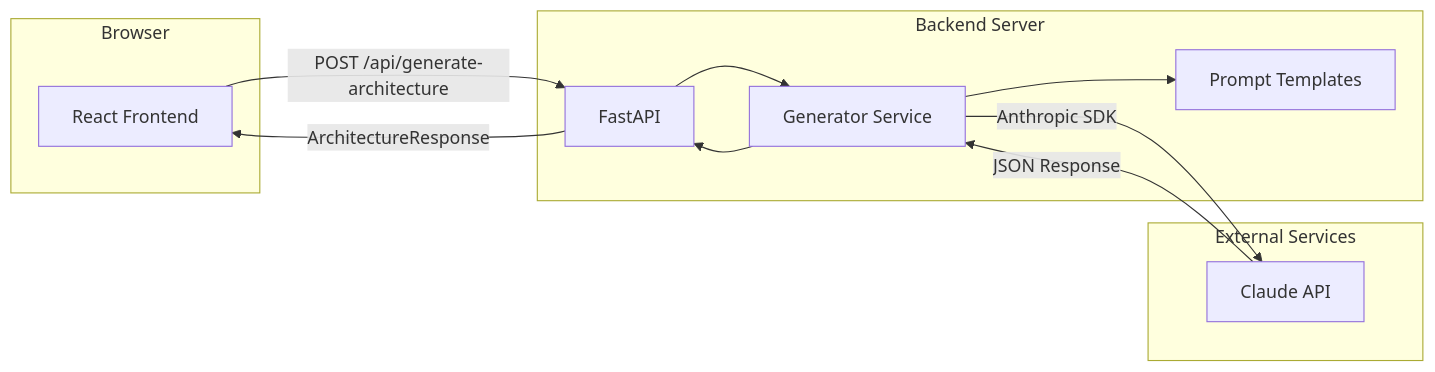
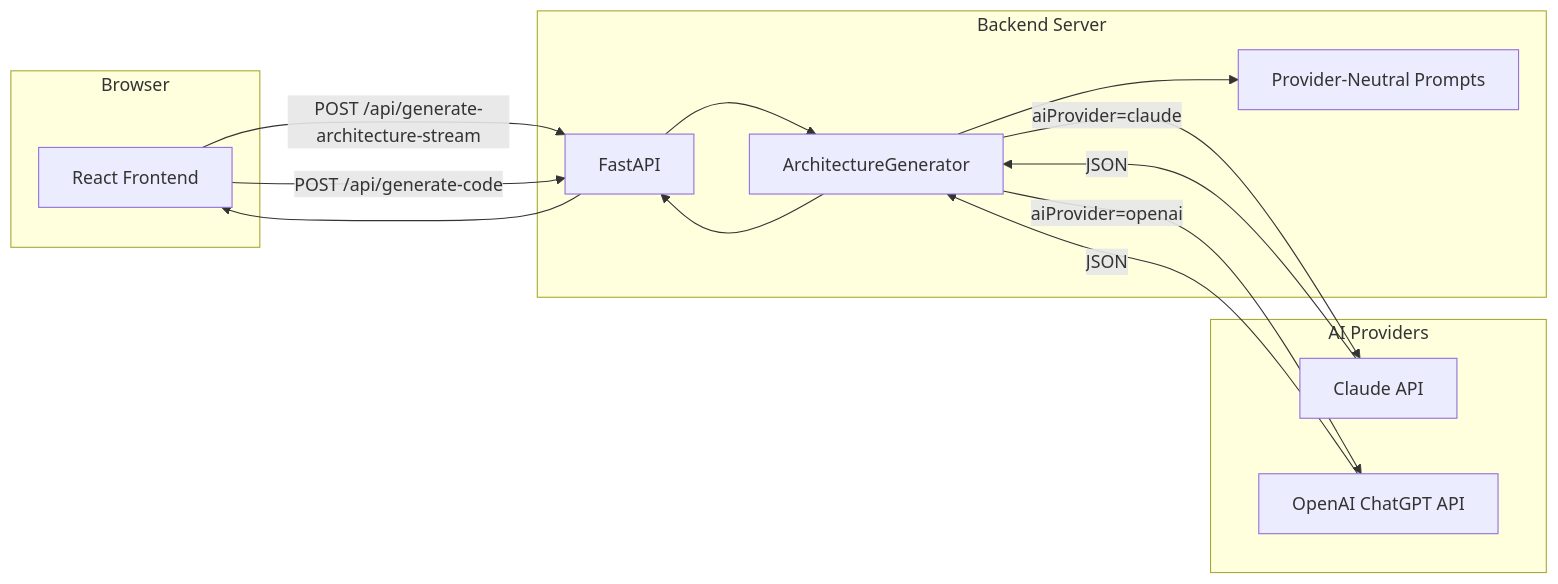
Before and after one commit to egaile/claude-gsi: the first of 2 diagrams in docs/ARCHITECTURE.md, drawn with Mermaid. The commit also changed other lines of this file and 29 other files, not shown here.

````diff
--- a/docs/ARCHITECTURE.md
+++ b/docs/ARCHITECTURE.md
@@ -11,24 +5,28 @@
 ```mermaid
 flowchart LR
     subgraph Client["Browser"]
         UI[React Frontend]
     end
 
     subgraph Backend["Backend Server"]
         API[FastAPI]
-        GEN[Generator Service]
-        PROMPTS[Prompt Templates]
+        GEN[ArchitectureGenerator]
+        PROMPTS[Provider-Neutral Prompts]
     end
 
-    subgraph External["External Services"]
+    subgraph Providers["AI Providers"]
         CLAUDE[Claude API]
+        OPENAI[OpenAI ChatGPT API]
     end
 
-    UI -->|POST /api/generate-architecture| API
+    UI -->|POST /api/generate-architecture-stream| API
+    UI -->|POST /api/generate-code| API
     API --> GEN
     GEN --> PROMPTS
-    GEN -->|Anthropic SDK| CLAUDE
-    CLAUDE -->|JSON Response| GEN
+    GEN -->|aiProvider=claude| CLAUDE
+    GEN -->|aiProvider=openai| OPENAI
+    CLAUDE -->|JSON| GEN
+    OPENAI -->|JSON| GEN
     GEN --> API
-    API -->|ArchitectureResponse| UI
+    API --> UI
 ```
````
